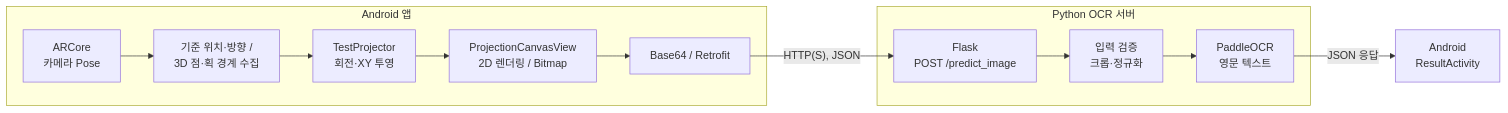
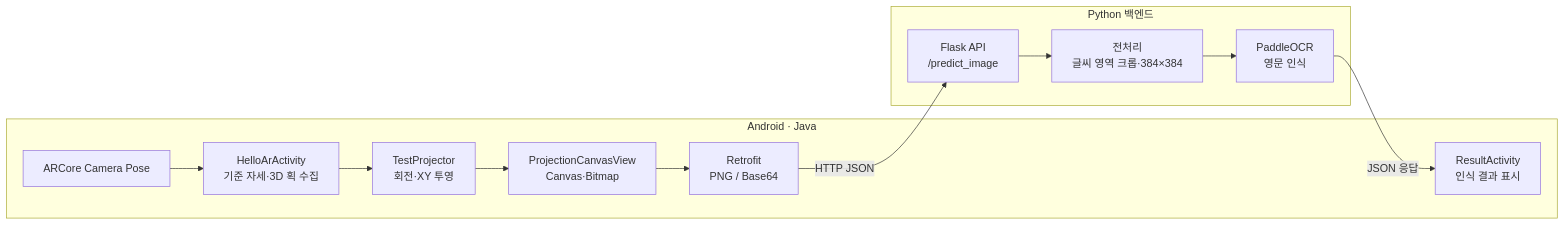
The first of 2 diagrams in docs/architecture.md (scr08212/air-drawing), drawn with Mermaid before and after one commit. The commit also changed other lines of this file, not shown here.

Commit message:
docs: publish final 2025 Air Drawing architecture and implementation guide

````diff
--- a/docs/architecture.md
+++ b/docs/architecture.md
@@ -9,15 +9,16 @@
 ```mermaid
 flowchart LR
-    subgraph Mobile["Android 앱"]
-        A["ARCore<br/>카메라 Pose"] --> B["기준 위치·방향 /<br/>3D 점·획 경계 수집"]
+    subgraph Android["Android · Java"]
+        A["ARCore Camera Pose"] --> B["HelloArActivity<br/>기준 자세·3D 획 수집"]
         B --> C["TestProjector<br/>회전·XY 투영"]
-        C --> D["ProjectionCanvasView<br/>2D 렌더링 / Bitmap"]
-        D --> E["Base64 / Retrofit"]
+        C --> D["ProjectionCanvasView<br/>Canvas·Bitmap"]
+        D --> E["Retrofit<br/>PNG / Base64"]
+        I["ResultActivity<br/>인식 결과 표시"]
     end
-    subgraph Backend["Python OCR 서버"]
-        F["Flask<br/>POST /predict_image"] --> G["입력 검증<br/>크롭·정규화"]
-        G --> H["PaddleOCR<br/>영문 텍스트"]
+    subgraph Python["Python 백엔드"]
+        F["Flask API<br/>/predict_image"] --> G["전처리<br/>글씨 영역 크롭·384×384"]
+        G --> H["PaddleOCR<br/>영문 인식"]
     end
-    E -->|"HTTP(S), JSON"| F
-    H -->|"JSON 응답"| I["Android<br/>ResultActivity"]
+    E -->|"HTTP JSON"| F
+    H -->|"JSON 응답"| I
 ```
````
